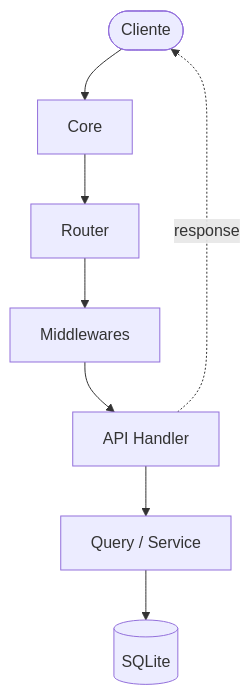
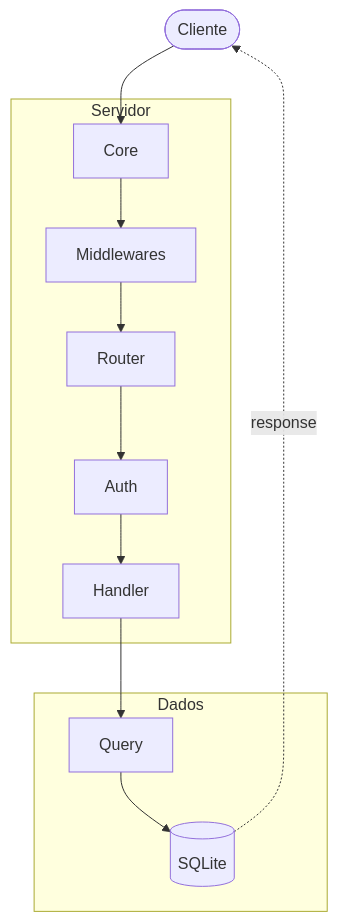
Before and after one commit to Fpanizio/LMS: the diagram in README.md, drawn with Mermaid. The commit also changed other lines of this file and 5 other files, not shown here.

````diff
--- a/README.md
+++ b/README.md
@@ -30,11 +30,19 @@
 ```mermaid
 flowchart TD
-    A([Cliente]) --> B[Core]
-    B --> C[Router]
-    C --> D[Middlewares]
-    D --> E[API Handler]
-    E --> F[Query / Service]
-    F --> G[(SQLite)]
-    
-    E -.->|response| A
+    A([Cliente])
+
+    subgraph Server[Servidor]
+        B[Core] --> C[Middlewares]
+        C --> D[Router]
+        D --> E[Auth]
+        E --> F[Handler]
+    end
+
+    subgraph Data[Dados]
+        G[Query] --> H[(SQLite)]
+    end
+
+    A --> B
+    F --> G
+    H -.->|response| A
 ```
````
